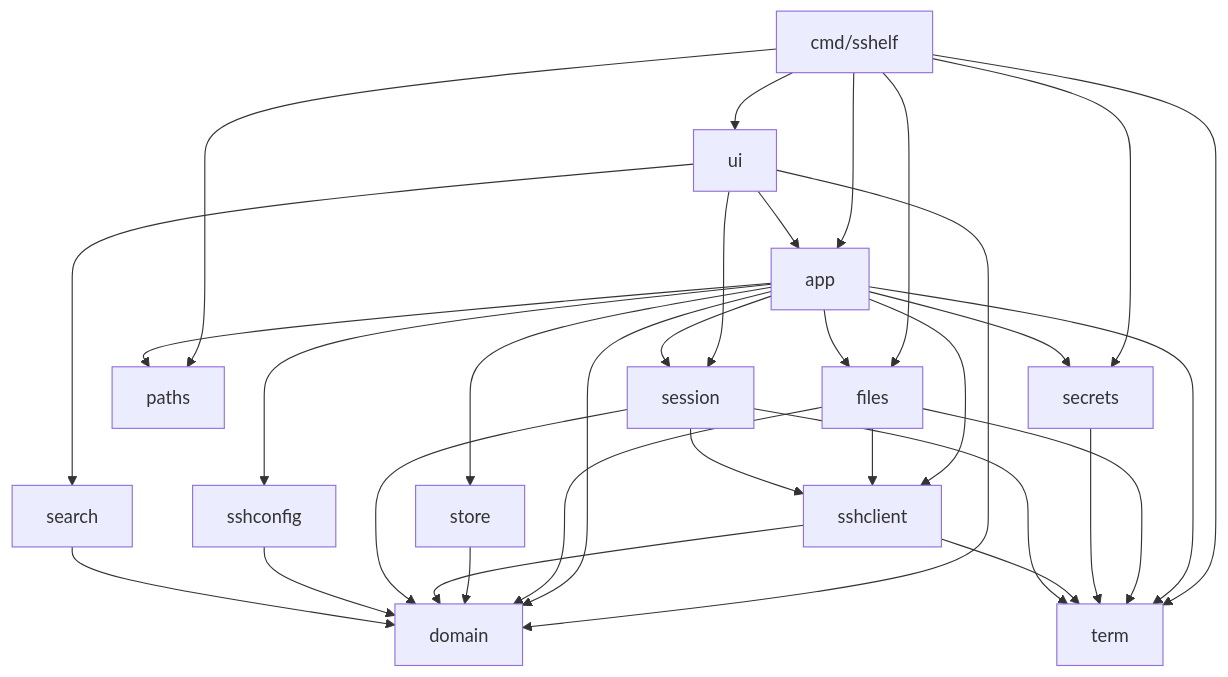
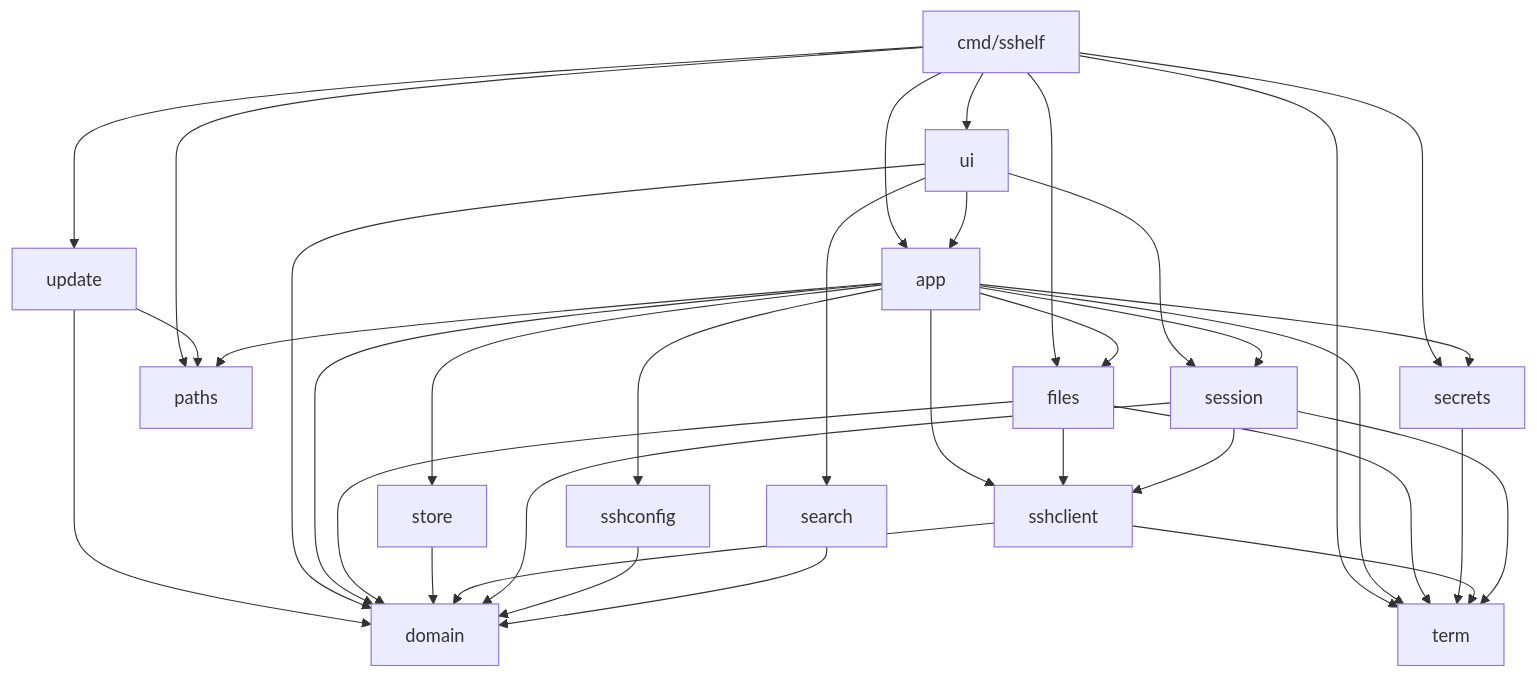
The first of 5 diagrams in specs/architecture/design.md (RafaelXokito/sshelf), drawn with Mermaid before and after one commit. The commit also changed other lines of this file and 8 other files, not shown here.

````diff
--- a/specs/architecture/design.md
+++ b/specs/architecture/design.md
@@ -1158,34 +1257,37 @@
 ```mermaid
 flowchart TD
     main[cmd/sshelf] --> app
     main --> ui
     main --> secrets
     main --> paths
     main --> term
     main --> files
+    main --> update
+    update --> domain
+    update --> paths
     ui --> app
     ui --> domain
     ui --> search
     ui --> session
     app --> store
     app --> secrets
     app --> sshclient
     app --> session
     app --> sshconfig
     app --> domain
     app --> paths
     app --> term
     app --> files
     files --> sshclient
     files --> domain
     files --> term
     store --> domain
     secrets --> term
     sshclient --> domain
     sshclient --> term
     session --> sshclient
     session --> domain
     session --> term
     sshconfig --> domain
     search --> domain
 ```
````
